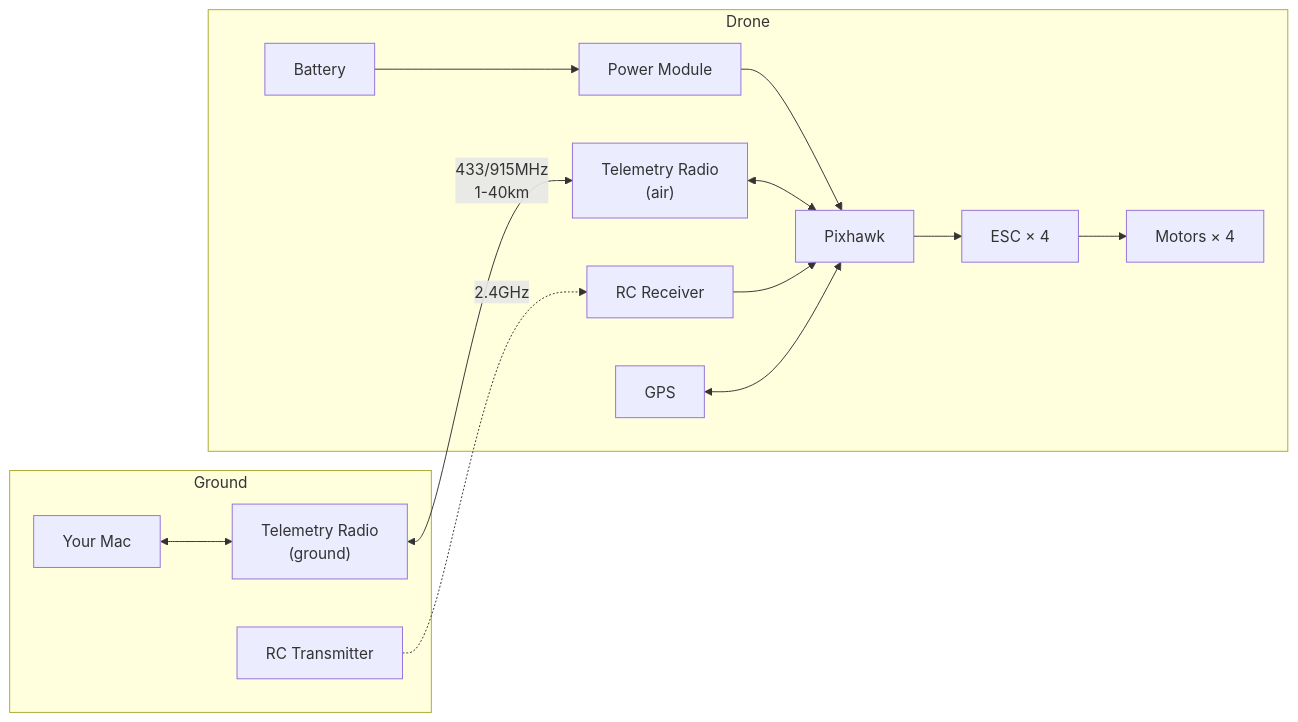
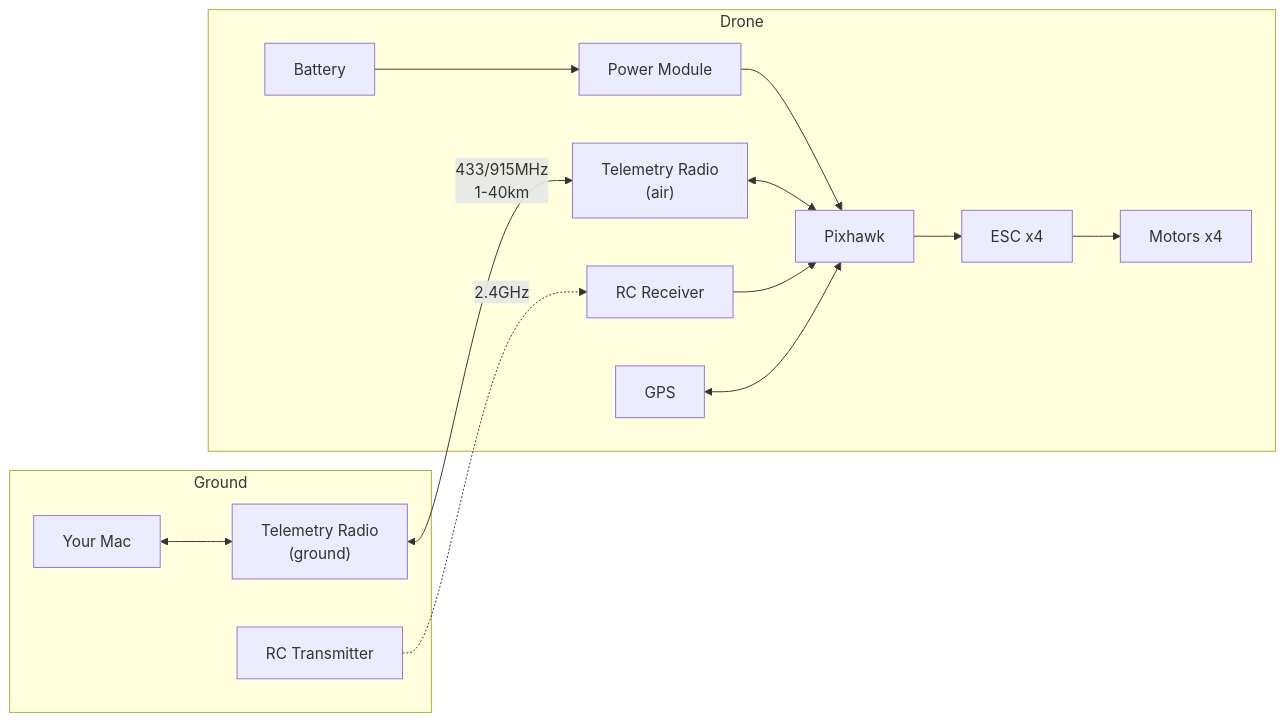
One commit to porameht/mavlink-gcs-rust changed the fourth of 4 diagrams in README.md. Above: the diagram before and after it, drawn with Mermaid. The commit also changed other lines of this file and 9 other files, not shown here.

````diff
--- a/README.md
+++ b/README.md
@@ -186,22 +210,22 @@
 ```mermaid
 graph LR
     subgraph Ground
         Mac["Your Mac"]
         TX["RC Transmitter"]
         Radio_G["Telemetry Radio<br/>(ground)"]
     end
 
     subgraph Air["Drone"]
         PX["Pixhawk"]
         Radio_A["Telemetry Radio<br/>(air)"]
         RX["RC Receiver"]
         GPS["GPS"]
-        ESC["ESC × 4"] --> M["Motors × 4"]
+        ESC["ESC x4"] --> M["Motors x4"]
         Bat["Battery"] --> PW["Power Module"] --> PX
     end
 
     Mac <--> Radio_G <-->|"433/915MHz<br/>1-40km"| Radio_A <--> PX
     TX -.->|"2.4GHz"| RX --> PX
     GPS <--> PX
     PX --> ESC
 ```
````
